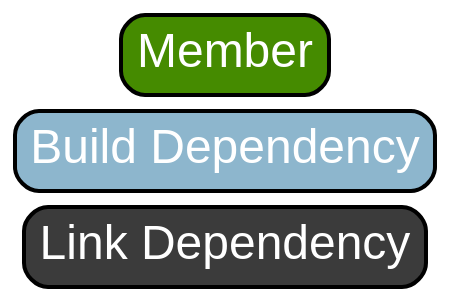
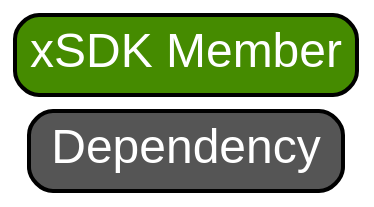
The diagram in legend.dot (xsdk-project/xsdk-diagram), drawn with Graphviz before and after one commit. The commit also changed 15 other files, not shown here.

Commit message:
update with script to color the graph

```diff
--- a/legend.dot
+++ b/legend.dot
@@ -1,26 +1,25 @@
 digraph legend {
     style="solid"
     penwidth="2"
     fontname="Arial"
     labelloc = "b"
     rankdir = "TB"
     ranksep = "0"
     nodesep = ".1"
     bgcolor = "transparent"
 
 node[
      fontname=Arial,
      penwidth=2,
      fontsize=24,
      margin=.1,
      shape=box,
      fillcolor=brown,
      fontcolor=white,
      style="rounded,filled"]
 
-     "member" [label="Member" fillcolor="chartreuse4"]
-     "build" [label="Build Dependency" fillcolor="lightskyblue3"]
-     "link" [label="Link Dependency" fillcolor="gray23"]
+     "member" [label="xSDK Member" fillcolor="chartreuse4"]
+     "dependency" [label=" Dependency" fillcolor="#555555"]
 
-      member -> build -> link [style=invis]
+      member -> dependency [style=invis]
   }
```
